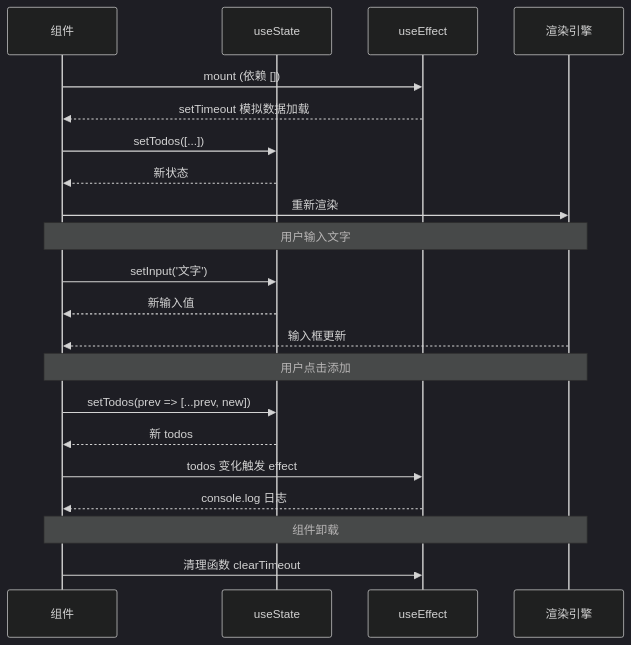
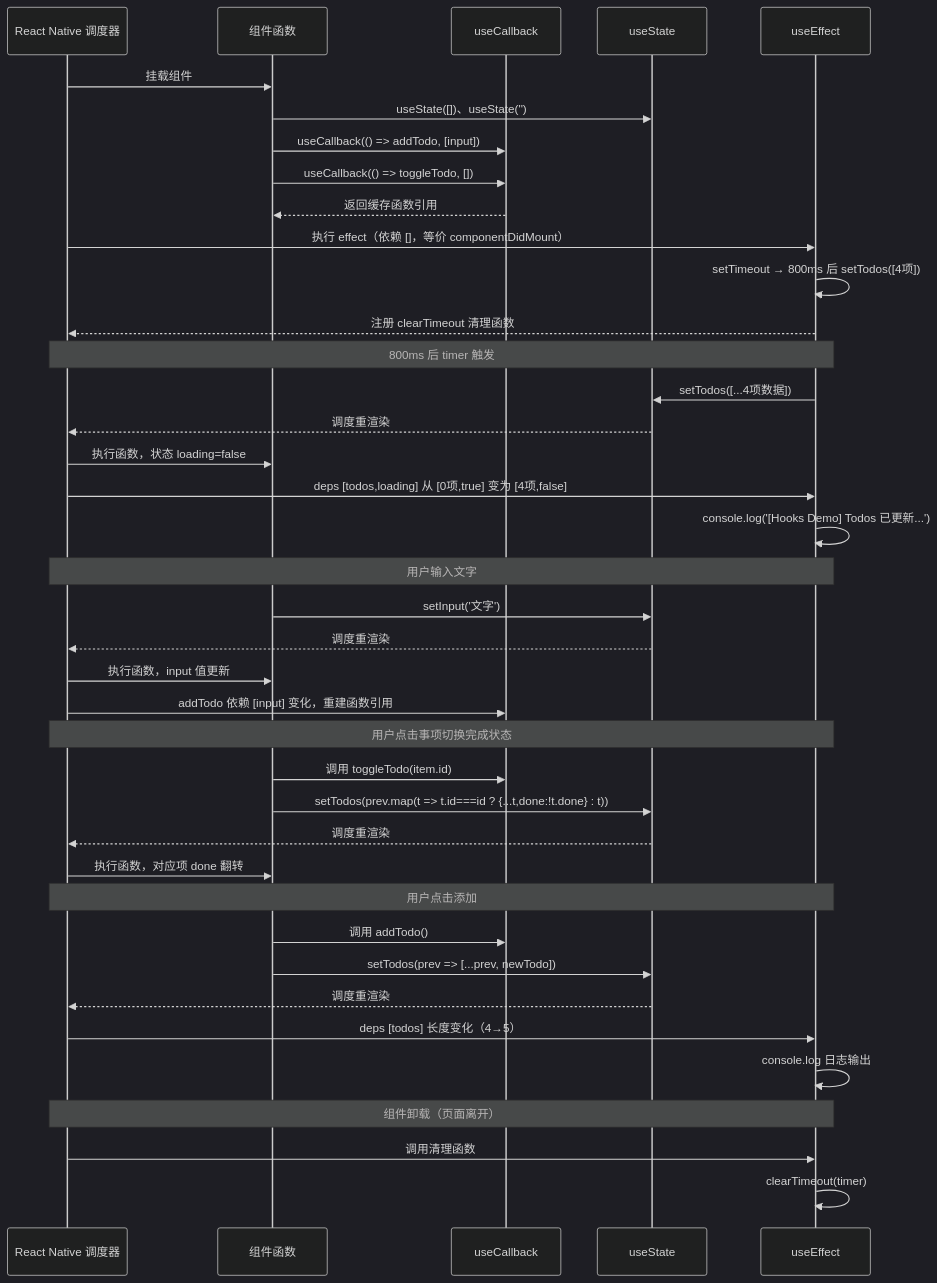
The first of 2 diagrams in 03_React_Hooks_In_RN/README.md (nirvanasu00-cpu/06-expo-react-native), drawn with Mermaid (dark theme) before and after one commit. The commit also changed other lines of this file, not shown here.

````diff
--- a/03_React_Hooks_In_RN/README.md
+++ b/03_React_Hooks_In_RN/README.md
@@ -42,27 +42,47 @@
 ```mermaid
 sequenceDiagram
-    participant Comp as 组件
+    participant RN as React Native 调度器
+    participant Comp as 组件函数
+    participant Callback as useCallback
     participant State as useState
     participant Effect as useEffect
-    participant Render as 渲染引擎
 
-    Comp->>Effect: mount (依赖 [])
-    Effect-->>Comp: setTimeout 模拟数据加载
-    Comp->>State: setTodos([...])
-    State-->>Comp: 新状态
-    Comp->>Render: 重新渲染
+    RN->>Comp: 挂载组件
+    Comp->>State: useState([])、useState('')
+    Comp->>Callback: useCallback(() => addTodo, [input])
+    Comp->>Callback: useCallback(() => toggleTodo, [])
+    Callback-->>Comp: 返回缓存函数引用
+    RN->>Effect: 执行 effect（依赖 []，等价 componentDidMount）
+    Effect->>Effect: setTimeout → 800ms 后 setTodos([4项])
+    Effect-->>RN: 注册 clearTimeout 清理函数
 
-    Note over Comp,Render: 用户输入文字
+    Note over RN,Effect: 800ms 后 timer 触发
+    Effect->>State: setTodos([...4项数据])
+    State-->>RN: 调度重渲染
+    RN->>Comp: 执行函数，状态 loading=false
+    RN->>Effect: deps [todos,loading] 从 [0项,true] 变为 [4项,false]
+    Effect->>Effect: console.log('[Hooks Demo] Todos 已更新...')
+
+    Note over RN,Effect: 用户输入文字
     Comp->>State: setInput('文字')
-    State-->>Comp: 新输入值
-    Render-->>Comp: 输入框更新
+    State-->>RN: 调度重渲染
+    RN->>Comp: 执行函数，input 值更新
+    RN->>Callback: addTodo 依赖 [input] 变化，重建函数引用
 
-    Note over Comp,Render: 用户点击添加
-    Comp->>State: setTodos(prev => [...prev, new])
-    State-->>Comp: 新 todos
-    Comp->>Effect: todos 变化触发 effect
-    Effect-->>Comp: console.log 日志
+    Note over RN,Effect: 用户点击事项切换完成状态
+    Comp->>Callback: 调用 toggleTodo(item.id)
+    Comp->>State: setTodos(prev.map(t => t.id===id ? {...t,done:!t.done} : t))
+    State-->>RN: 调度重渲染
+    RN->>Comp: 执行函数，对应项 done 翻转
 
-    Note over Comp,Render: 组件卸载
-    Comp->>Effect: 清理函数 clearTimeout
+    Note over RN,Effect: 用户点击添加
+    Comp->>Callback: 调用 addTodo()
+    Comp->>State: setTodos(prev => [...prev, newTodo])
+    State-->>RN: 调度重渲染
+    RN->>Effect: deps [todos] 长度变化（4→5）
+    Effect->>Effect: console.log 日志输出
+
+    Note over RN,Effect: 组件卸载（页面离开）
+    RN->>Effect: 调用清理函数
+    Effect->>Effect: clearTimeout(timer)
 ```
````
